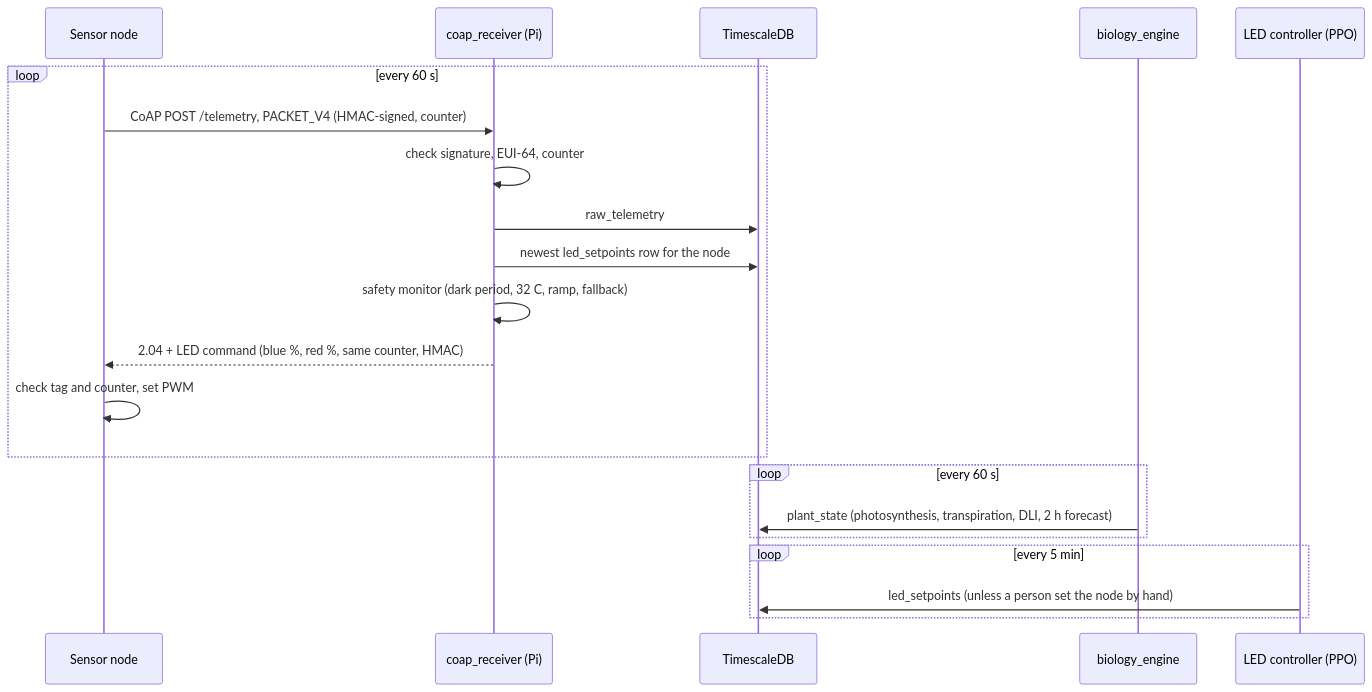
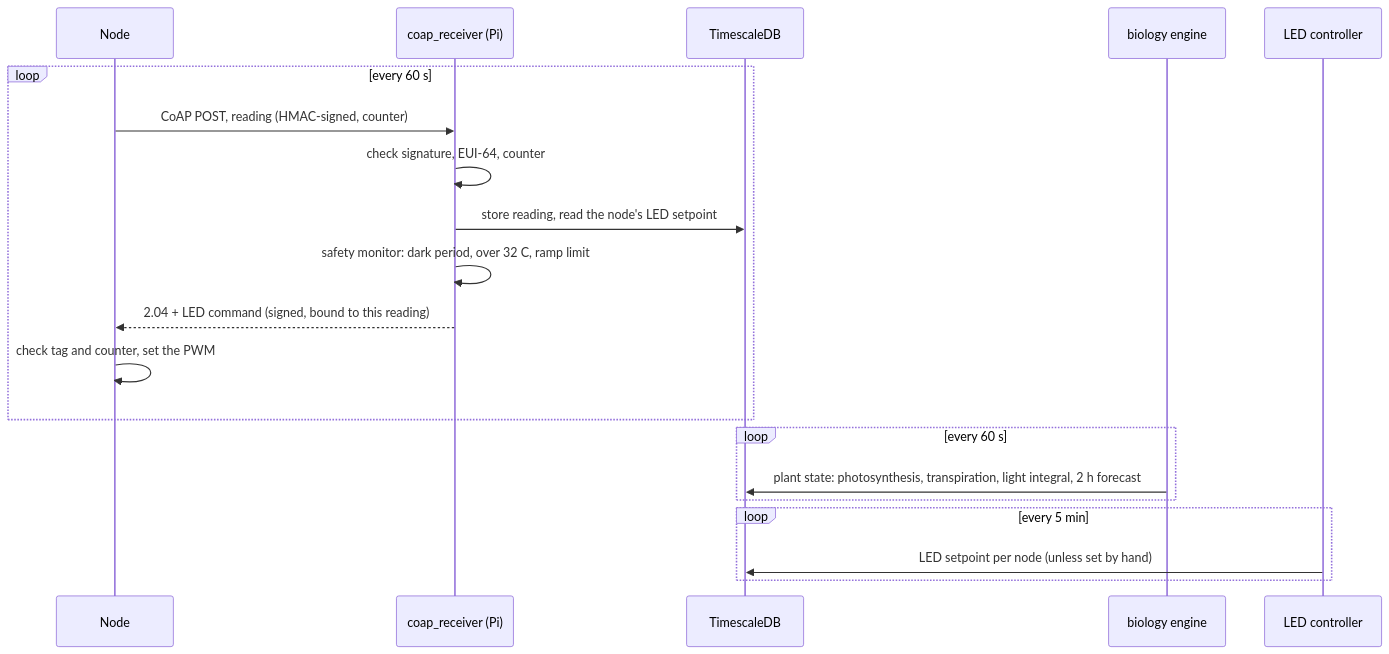
One commit to johnnietse/strawberry-farm changed the second of 2 diagrams in README.md. Above: the diagram before and after it, drawn with Mermaid. The commit also changed other lines of this file and 19 other files, not shown here.

````diff
--- a/README.md
+++ b/README.md
@@ -70,23 +57,22 @@
 ```mermaid
 sequenceDiagram
-    participant N as Sensor node
+    participant N as Node
     participant R as coap_receiver (Pi)
     participant DB as TimescaleDB
-    participant B as biology_engine
-    participant C as LED controller (PPO)
+    participant B as biology engine
+    participant C as LED controller
     loop every 60 s
-        N->>R: CoAP POST /telemetry, PACKET_V4 (HMAC-signed, counter)
+        N->>R: CoAP POST, reading (HMAC-signed, counter)
         R->>R: check signature, EUI-64, counter
-        R->>DB: raw_telemetry
-        R->>DB: newest led_setpoints row for the node
-        R->>R: safety monitor (dark period, 32 C, ramp, fallback)
-        R-->>N: 2.04 + LED command (blue %, red %, same counter, HMAC)
-        N->>N: check tag and counter, set PWM
+        R->>DB: store reading, read the node's LED setpoint
+        R->>R: safety monitor: dark period, over 32 C, ramp limit
+        R-->>N: 2.04 + LED command (signed, bound to this reading)
+        N->>N: check tag and counter, set the PWM
     end
     loop every 60 s
-        B->>DB: plant_state (photosynthesis, transpiration, DLI, 2 h forecast)
+        B->>DB: plant state: photosynthesis, transpiration, light integral, 2 h forecast
     end
     loop every 5 min
-        C->>DB: led_setpoints (unless a person set the node by hand)
+        C->>DB: LED setpoint per node (unless set by hand)
     end
 ```
````
